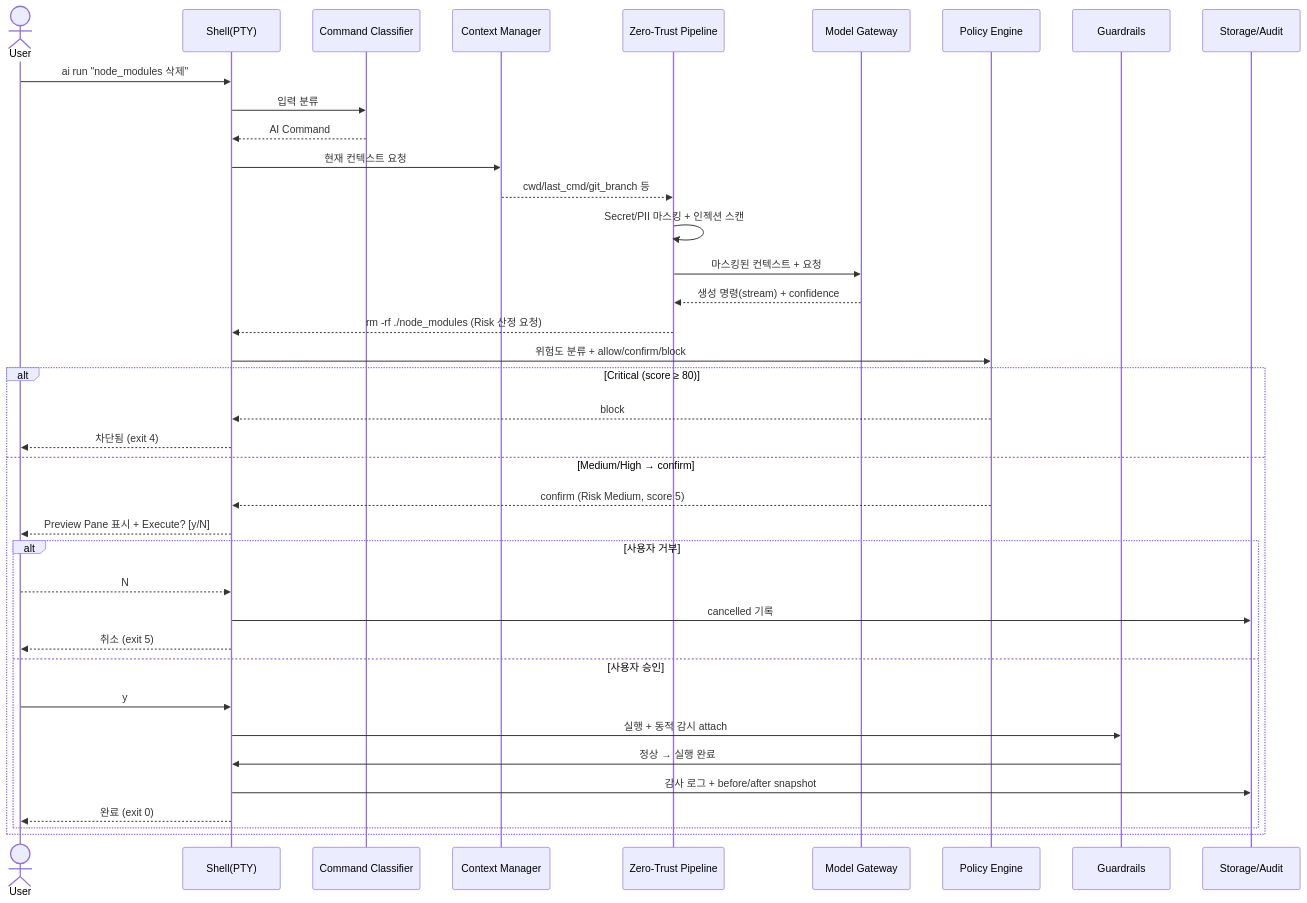
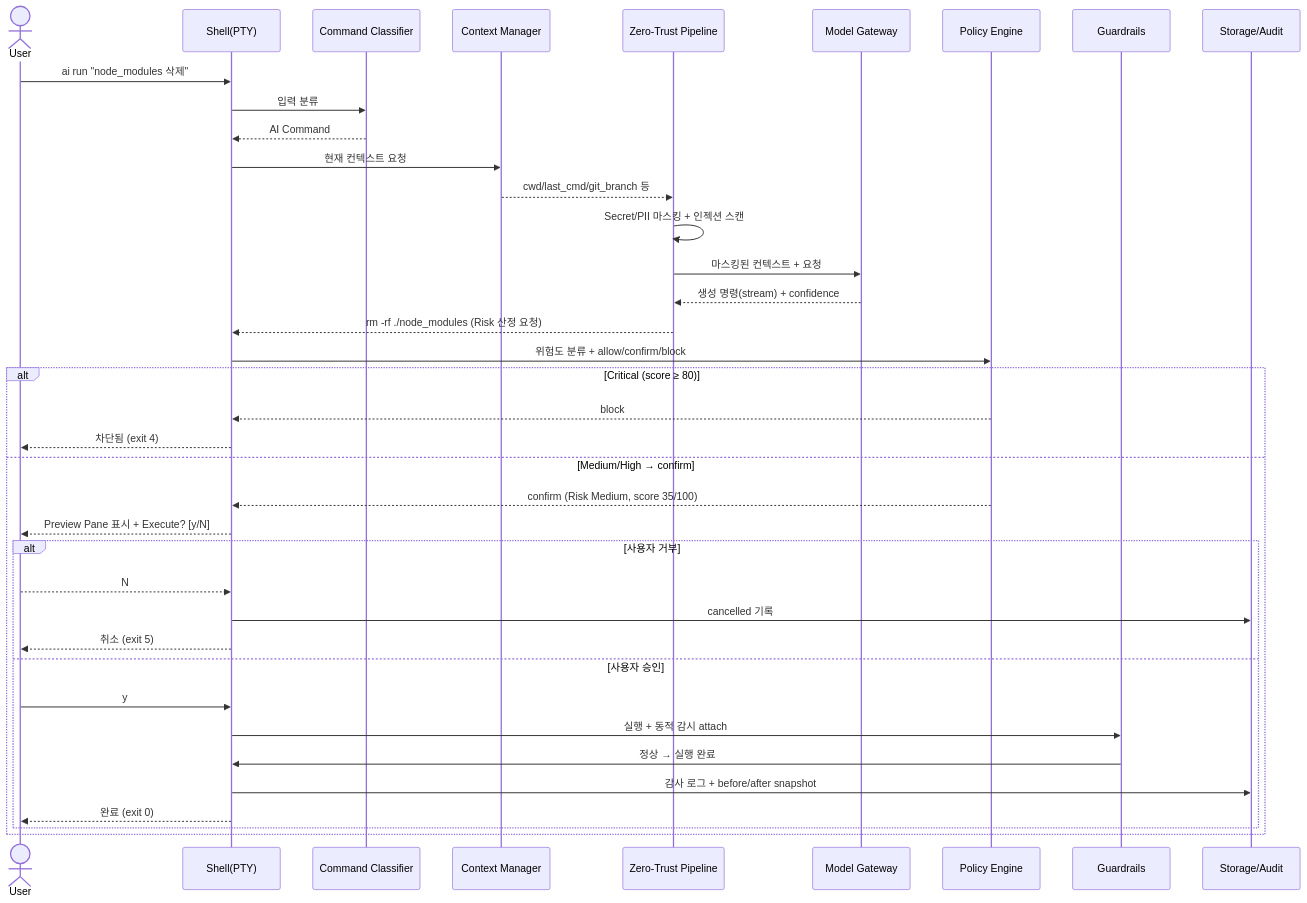
One commit to ai-cli-terminal/document changed the first of 9 diagrams in planning/05_화면_흐름_시퀀스_다이어그램.md. Above: the diagram before and after it, drawn with Mermaid. The commit also changed 18 other files, not shown here.

````diff
--- a/planning/05_화면_흐름_시퀀스_다이어그램.md
+++ b/planning/05_화면_흐름_시퀀스_다이어그램.md
@@ -31,42 +31,42 @@
 ```mermaid
 sequenceDiagram
     actor User
     participant Shell as Shell(PTY)
     participant Classifier as Command Classifier
     participant ContextMgr as Context Manager
     participant ZeroTrust as Zero-Trust Pipeline
     participant ModelGateway as Model Gateway
     participant PolicyEngine as Policy Engine
     participant Guardrails as Guardrails
     participant Storage as Storage/Audit
 
     User->>Shell: ai run "node_modules 삭제"
     Shell->>Classifier: 입력 분류
     Classifier-->>Shell: AI Command
     Shell->>ContextMgr: 현재 컨텍스트 요청
     ContextMgr-->>ZeroTrust: cwd/last_cmd/git_branch 등
     ZeroTrust->>ZeroTrust: Secret/PII 마스킹 + 인젝션 스캔
     ZeroTrust->>ModelGateway: 마스킹된 컨텍스트 + 요청
     ModelGateway-->>ZeroTrust: 생성 명령(stream) + confidence
     ZeroTrust-->>Shell: rm -rf ./node_modules (Risk 산정 요청)
     Shell->>PolicyEngine: 위험도 분류 + allow/confirm/block
 
     alt Critical (score ≥ 80)
         PolicyEngine-->>Shell: block
         Shell-->>User: 차단됨 (exit 4)
     else Medium/High → confirm
-        PolicyEngine-->>Shell: confirm (Risk Medium, score 5)
+        PolicyEngine-->>Shell: confirm (Risk Medium, score 35/100)
         Shell-->>User: Preview Pane 표시 + Execute? [y/N]
         alt 사용자 거부
             User-->>Shell: N
             Shell->>Storage: cancelled 기록
             Shell-->>User: 취소 (exit 5)
         else 사용자 승인
             User->>Shell: y
             Shell->>Guardrails: 실행 + 동적 감시 attach
             Guardrails->>Shell: 정상 → 실행 완료
             Shell->>Storage: 감사 로그 + before/after snapshot
             Shell-->>User: 완료 (exit 0)
         end
     end
 ```
````
